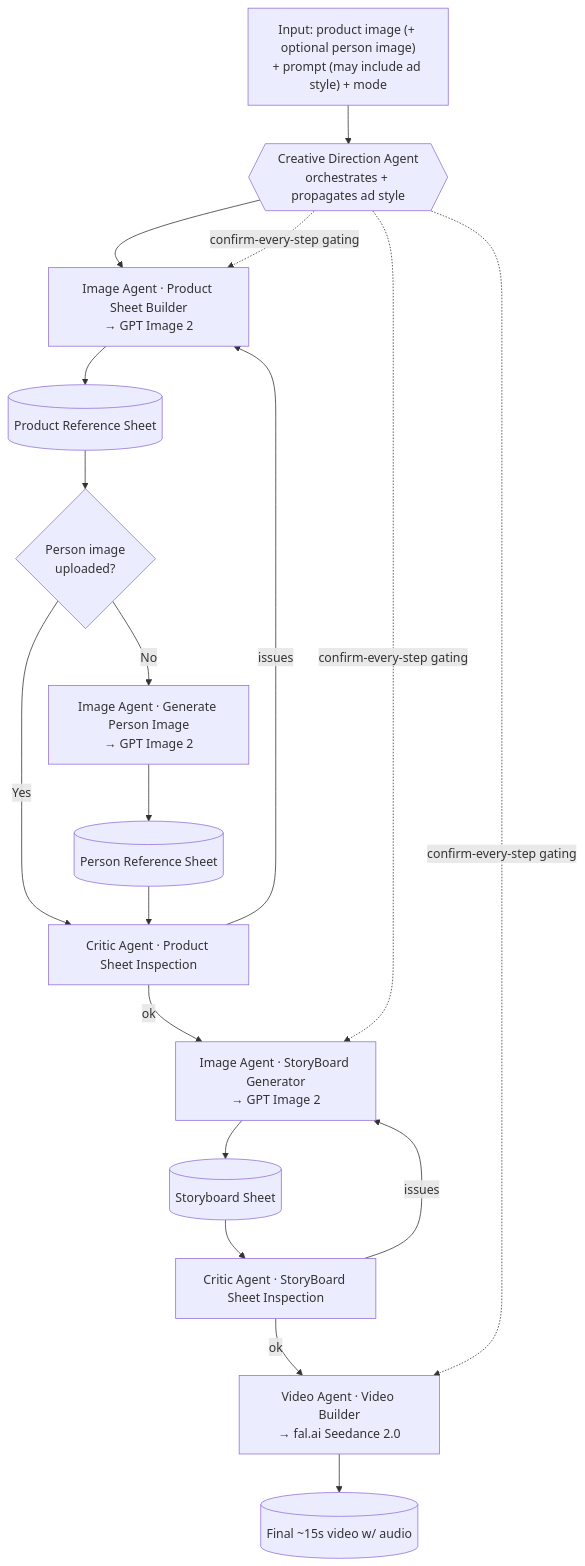
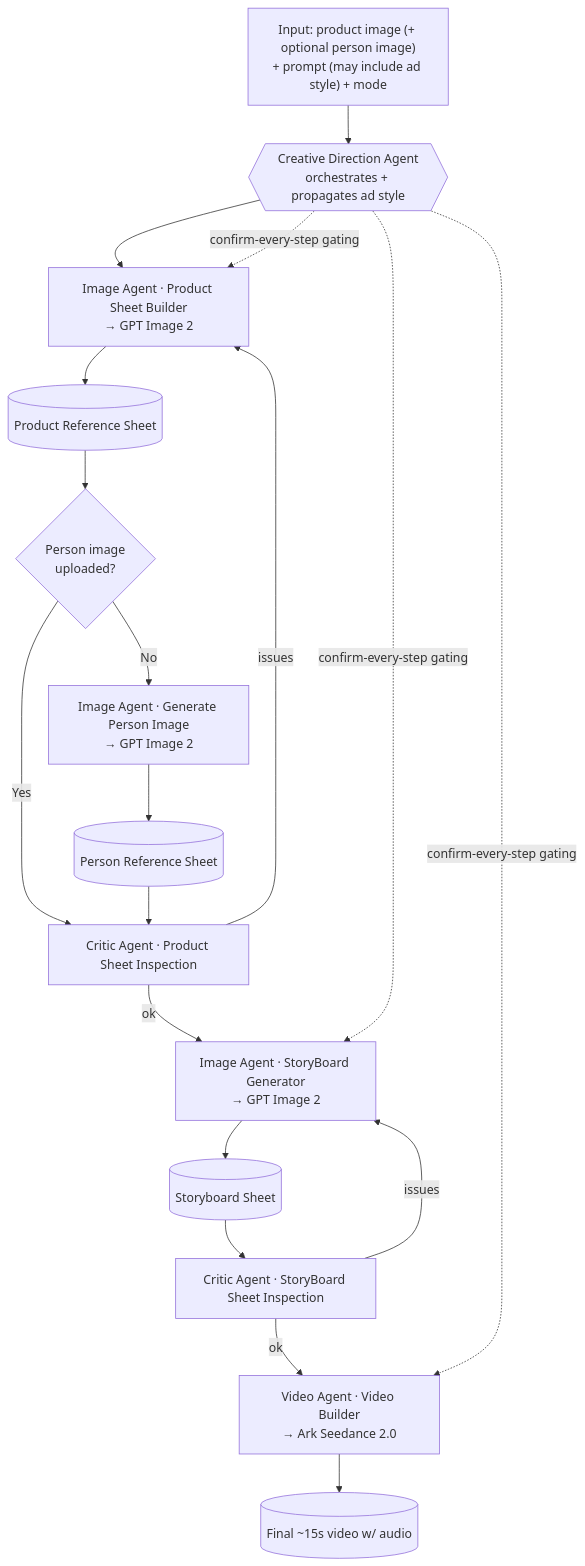
One commit to ExploitEngineer/ugc-video-system changed the diagram in SPEC.md. Above: the diagram before and after it, drawn with Mermaid. The commit also changed other lines of this file and 2 other files, not shown here.

````diff
--- a/SPEC.md
+++ b/SPEC.md
@@ -74,22 +74,22 @@
 ```mermaid
 flowchart TD
     A["Input: product image (+ optional person image)<br/>+ prompt (may include ad style) + mode"] --> CDA{{Creative Direction Agent<br/>orchestrates + propagates ad style}}
     CDA --> B["Image Agent · Product Sheet Builder<br/>→ GPT Image 2"]
     B --> PRS[(Product Reference Sheet)]
     PRS --> C{Person image<br/>uploaded?}
     C -- No --> D["Image Agent · Generate Person Image<br/>→ GPT Image 2"]
     D --> PERS[(Person Reference Sheet)]
     C -- Yes --> E
     PERS --> E["Critic Agent · Product Sheet Inspection"]
     E -- issues --> B
     E -- ok --> F["Image Agent · StoryBoard Generator<br/>→ GPT Image 2"]
     F --> SBS[(Storyboard Sheet)]
     SBS --> G["Critic Agent · StoryBoard Sheet Inspection"]
     G -- issues --> F
-    G -- ok --> H["Video Agent · Video Builder<br/>→ fal.ai Seedance 2.0"]
+    G -- ok --> H["Video Agent · Video Builder<br/>→ Ark Seedance 2.0"]
     H --> VID[(Final ~15s video w/ audio)]
 
     CDA -. confirm-every-step gating .-> B
     CDA -. confirm-every-step gating .-> F
     CDA -. confirm-every-step gating .-> H
 ```
````
